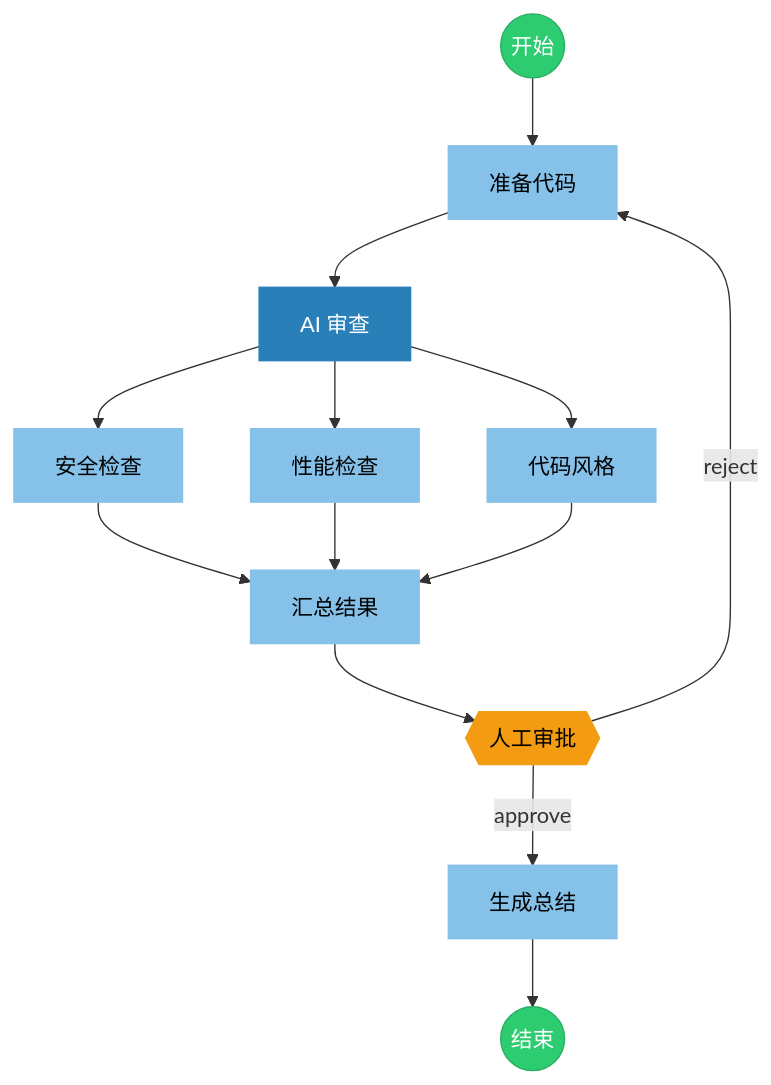
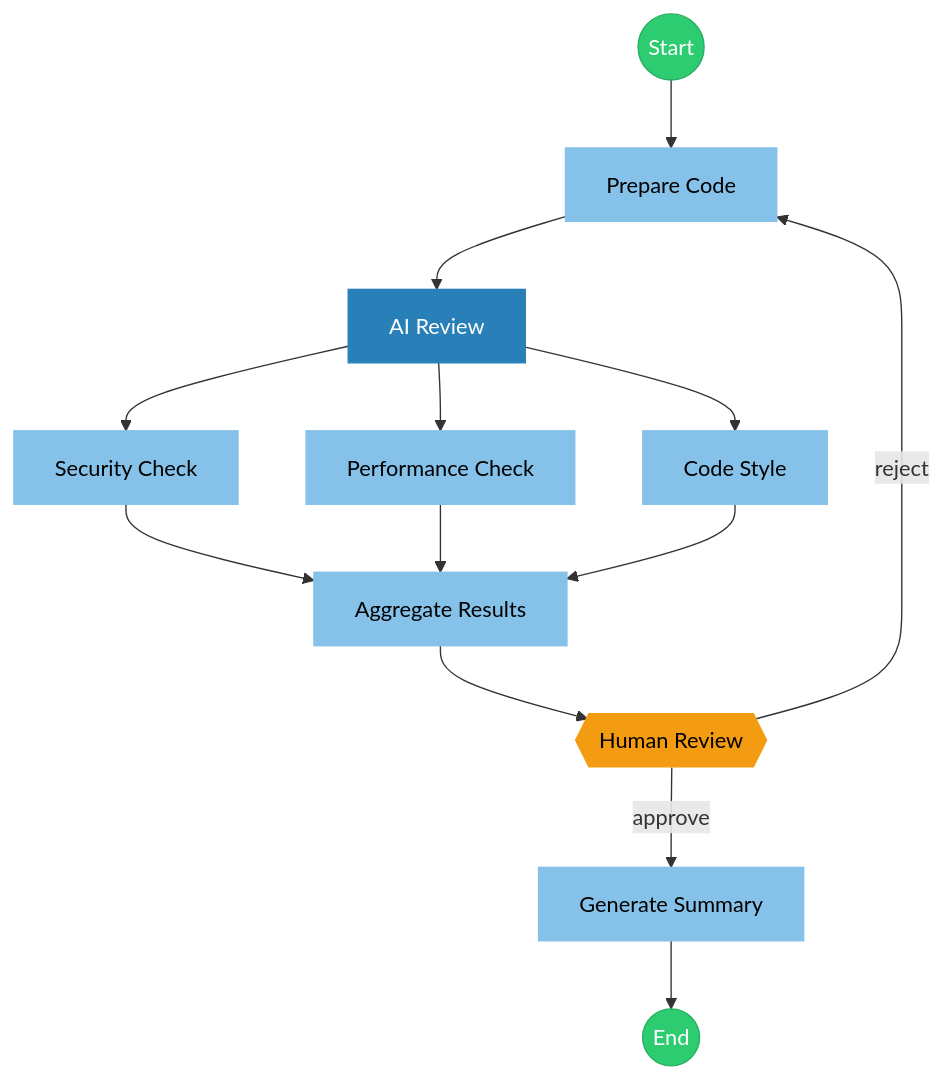
Before and after one commit to Sheetaa/agents-orchestrator: the diagram in README.md, drawn with Mermaid. The commit also changed other lines of this file and 18 other files, not shown here.

Commit message:
feat: change to new name(Flowchestra) and add opencode implementation

````diff
--- a/README.md
+++ b/README.md
@@ -41,30 +41,30 @@
 ```mermaid
 flowchart TD
-    begin((开始)) --> prepare[准备代码]
-    prepare --> ai_review[AI 审查]
+    begin((Start)) --> prepare[Prepare Code]
+    prepare --> ai_review[AI Review]
     
-    ai_review --> security[安全检查]
-    ai_review --> performance[性能检查]
-    ai_review --> code_style[代码风格]
+    ai_review --> security[Security Check]
+    ai_review --> performance[Performance Check]
+    ai_review --> code_style[Code Style]
     
-    security --> aggregate[汇总结果]
+    security --> aggregate[Aggregate Results]
     performance --> aggregate
     code_style --> aggregate
     
-    aggregate --> human_review{{人工审批}}
+    aggregate --> human_review{{Human Review}}
     
-    human_review -->|approve| summarize[生成总结]
+    human_review -->|approve| summarize[Generate Summary]
     human_review -->|reject| prepare
     
-    summarize --> finish((结束))
+    summarize --> finish((End))
     
     classDef startend fill:#2ecc71,stroke:#27ae60,color:#fff
     classDef primary fill:#2980b9,stroke:#2980b9,color:#fff
     classDef subagent fill:#85c1e9,stroke:#85c1e9,color:#000
     classDef human fill:#f39c12,stroke:#f39c12,color:#000
     
     class begin,finish startend
     class ai_review primary
     class prepare,security,performance,code_style,aggregate,summarize subagent
     class human_review human
 ```
````
